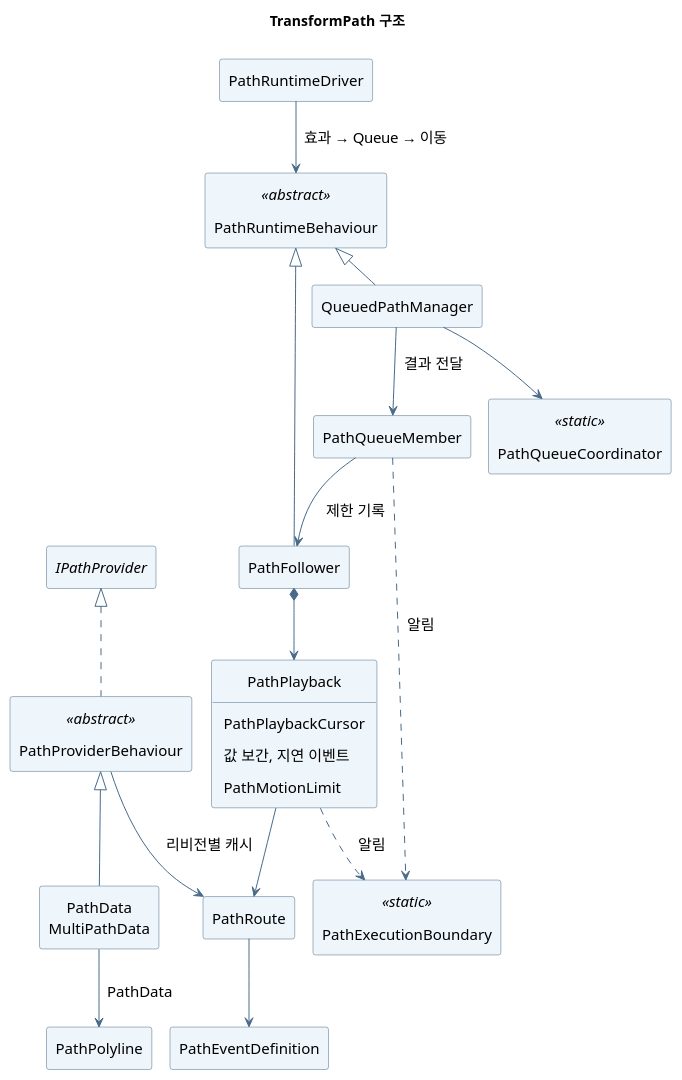
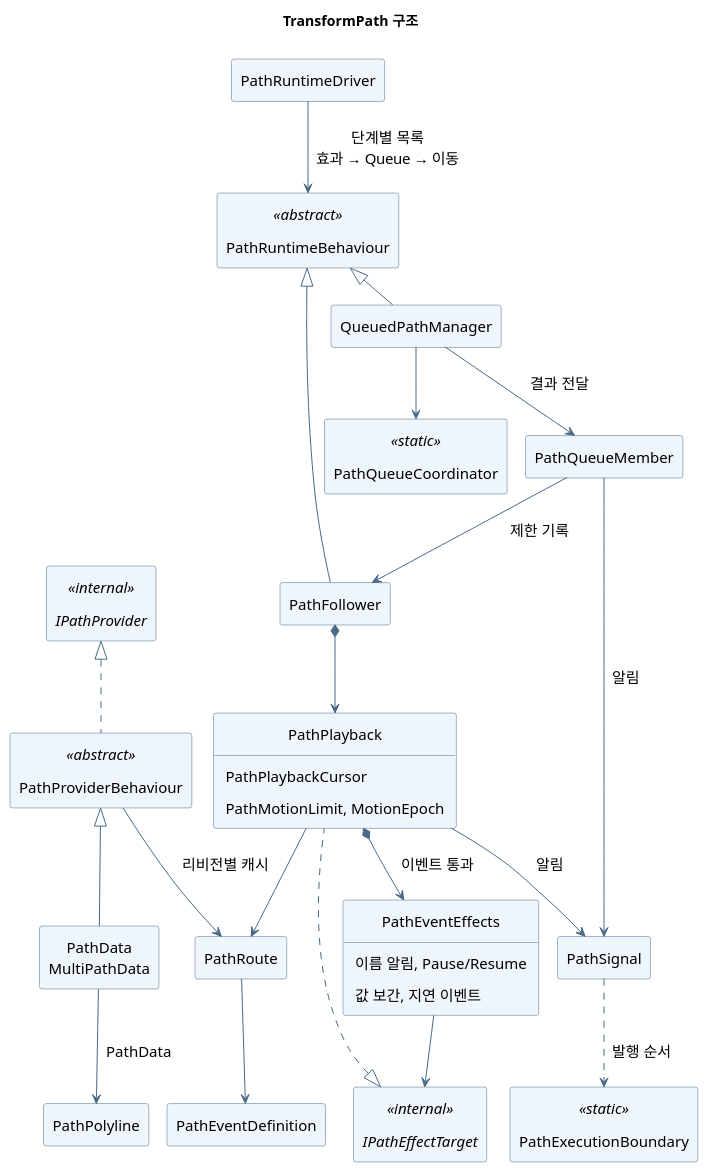
One commit to youwonsock/tool-unity-editor changed the diagram in ToyProject/Assets/_TransformPath/Docs/transformpath-structure.puml. Above: the diagram before and after it, drawn with PlantUML. The commit also changed 6 other files, not shown here.

Commit message:
문서와 UML에 효과 분리, 신호 Boundary, MotionEpoch, Editor 구조를 반영

```diff
--- a/ToyProject/Assets/_TransformPath/Docs/transformpath-structure.puml
+++ b/ToyProject/Assets/_TransformPath/Docs/transformpath-structure.puml
@@ -1,48 +1,57 @@
 @startuml transformpath-structure
 !pragma layout smetana
 skinparam shadowing false
 skinparam defaultFontName "Apple SD Gothic Neo"
 skinparam defaultFontSize 15
 skinparam ArrowColor #496A88
 skinparam Padding 6
 skinparam classBackgroundColor #EEF5FB
 skinparam classBorderColor #496A88
 hide empty members
 hide circle
 title TransformPath 구조
 
-interface IPathProvider
+interface IPathProvider <<internal>>
 class PathProviderBehaviour <<abstract>>
 class "PathData\nMultiPathData" as Providers
 class PathPolyline
 class PathRoute
 class PathRuntimeDriver
 class PathRuntimeBehaviour <<abstract>>
 class PathFollower
 class PathPlayback {
   PathPlaybackCursor
+  PathMotionLimit, MotionEpoch
+}
+class PathEventEffects {
+  이름 알림, Pause/Resume
   값 보간, 지연 이벤트
-  PathMotionLimit
 }
+interface IPathEffectTarget <<internal>>
+class PathSignal
 class PathEventDefinition
 class QueuedPathManager
 class PathQueueMember
 class PathQueueCoordinator <<static>>
 class PathExecutionBoundary <<static>>
 
 PathProviderBehaviour .up.|> IPathProvider
 Providers -up-|> PathProviderBehaviour
 Providers --> PathPolyline : PathData
 PathProviderBehaviour --> PathRoute : 리비전별 캐시
 PathRoute --> PathEventDefinition
 PathFollower -up-|> PathRuntimeBehaviour
 QueuedPathManager -up-|> PathRuntimeBehaviour
 PathFollower *--> PathPlayback
 PathPlayback --> PathRoute
+PathPlayback *--> PathEventEffects : 이벤트 통과
+PathPlayback .up.|> IPathEffectTarget
+PathEventEffects --> IPathEffectTarget
 PathQueueMember --> PathFollower : 제한 기록
 QueuedPathManager --> PathQueueMember : 결과 전달
 QueuedPathManager --> PathQueueCoordinator
-PathRuntimeDriver --> PathRuntimeBehaviour : 효과 → Queue → 이동
-PathPlayback ..> PathExecutionBoundary : 알림
-PathQueueMember ..> PathExecutionBoundary : 알림
+PathRuntimeDriver --> PathRuntimeBehaviour : 단계별 목록\n효과 → Queue → 이동
+PathPlayback --> PathSignal : 알림
+PathQueueMember --> PathSignal : 알림
+PathSignal ..> PathExecutionBoundary : 발행 순서
 @enduml
```
